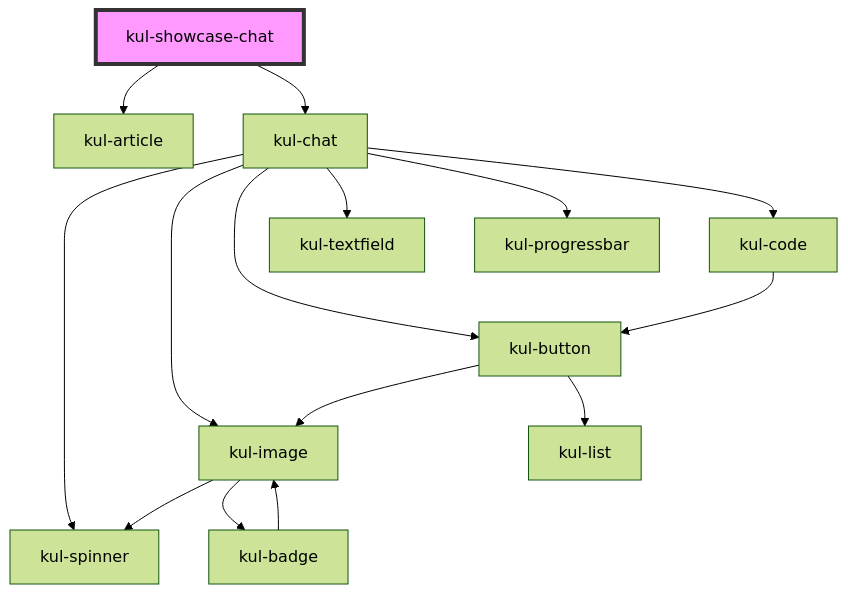
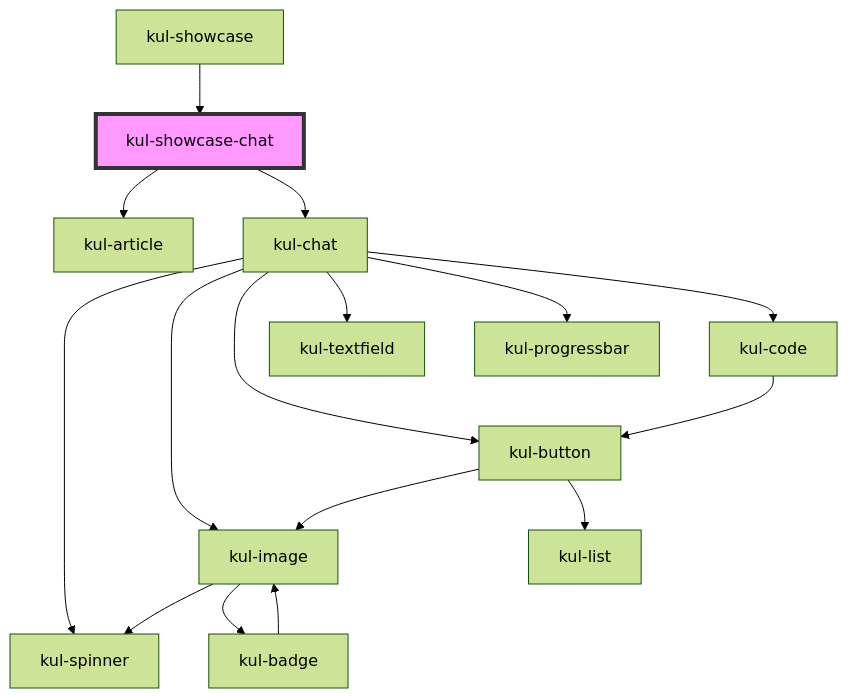
Before and after one commit to lucafoscili/ketchup-lite: the diagram in packages/ketchup-lite/src/components/kul-showcase/components/chat/readme.md, drawn with Mermaid (forest theme). The commit also changed other lines of this file and 45 other files, not shown here.

````diff
--- a/packages/ketchup-lite/src/components/kul-showcase/components/chat/readme.md
+++ b/packages/ketchup-lite/src/components/kul-showcase/components/chat/readme.md
@@ -24,18 +28,19 @@
 ```mermaid
 graph TD;
   kul-showcase-chat --> kul-article
   kul-showcase-chat --> kul-chat
   kul-chat --> kul-spinner
   kul-chat --> kul-image
   kul-chat --> kul-button
   kul-chat --> kul-textfield
   kul-chat --> kul-progressbar
   kul-chat --> kul-code
   kul-image --> kul-spinner
   kul-image --> kul-badge
   kul-badge --> kul-image
   kul-button --> kul-image
   kul-button --> kul-list
   kul-code --> kul-button
+  kul-showcase --> kul-showcase-chat
   style kul-showcase-chat fill:#f9f,stroke:#333,stroke-width:4px
 ```
````
